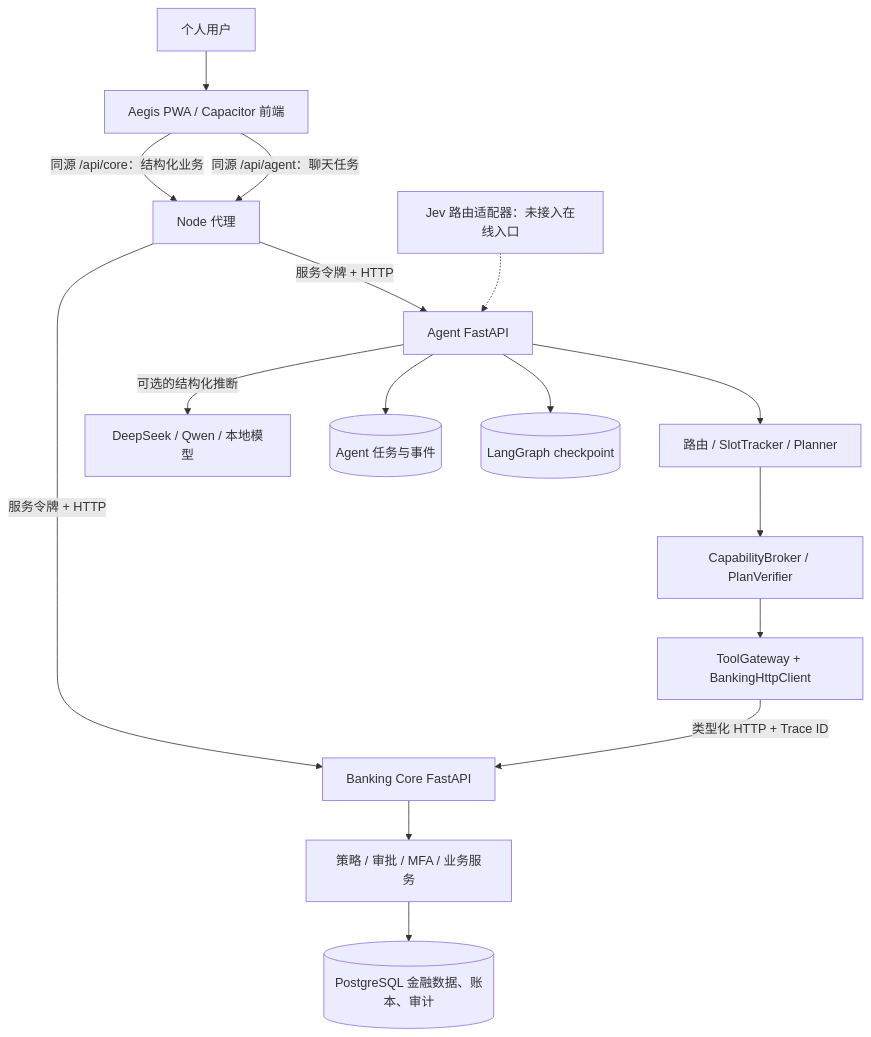
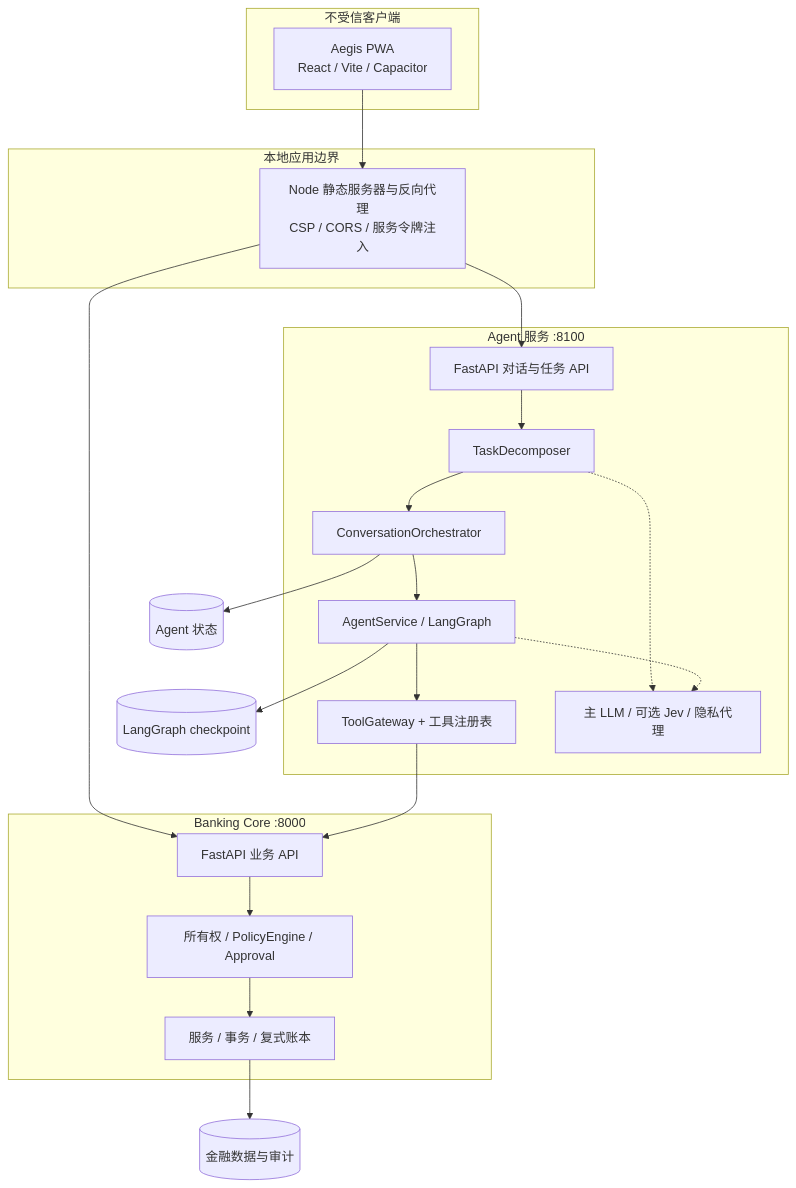
One commit to ZOOMING-XENON/FinSAO-Financial_Secure_Agent_Operation_System changed the first of 5 diagrams in documents/Architecture.md. Above: the diagram before and after it, drawn with Mermaid. The commit also changed other lines of this file and 17 other files, not shown here.

````diff
--- a/documents/Architecture.md
+++ b/documents/Architecture.md
@@ -7,18 +9,32 @@
 ```mermaid
 flowchart TB
-    U[个人用户] --> F[Aegis PWA / Capacitor 前端]
-    F -->|同源 /api/core：结构化业务| N[Node 代理]
-    F -->|同源 /api/agent：聊天任务| N
-    N -->|服务令牌 + HTTP| C[Banking Core FastAPI]
-    N -->|服务令牌 + HTTP| A[Agent FastAPI]
-    A --> R[路由 / SlotTracker / Planner]
-    R --> V[CapabilityBroker / PlanVerifier]
-    V --> G[ToolGateway + BankingHttpClient]
-    G -->|类型化 HTTP + Trace ID| C
-    A -->|可选的结构化推断| L[DeepSeek / Qwen / 本地模型]
-    A --> T[(Agent 任务与事件)]
-    A --> P[(LangGraph checkpoint)]
-    C --> S[策略 / 审批 / MFA / 业务服务]
-    S --> D[(PostgreSQL 金融数据、账本、审计)]
-    J[Jev 路由适配器：未接入在线入口] -.-> A
+    subgraph Client[不受信客户端]
+      UI[Aegis PWA<br/>React / Vite / Capacitor]
+    end
+    subgraph Edge[本地应用边界]
+      Proxy[Node 静态服务器与反向代理<br/>CSP / CORS / 服务令牌注入]
+    end
+    subgraph AgentZone[Agent 服务 :8100]
+      API[FastAPI 对话与任务 API]
+      Dec[TaskDecomposer]
+      Orch[ConversationOrchestrator]
+      Exec[AgentService / LangGraph]
+      Gateway[ToolGateway + 工具注册表]
+      Models[主 LLM / 可选 Jev / 隐私代理]
+    end
+    subgraph CoreZone[Banking Core :8000]
+      CoreAPI[FastAPI 业务 API]
+      Policy[所有权 / PolicyEngine / Approval]
+      Domain[服务 / 事务 / 复式账本]
+    end
+    UI --> Proxy
+    Proxy --> API
+    Proxy --> CoreAPI
+    API --> Dec --> Orch --> Exec --> Gateway --> CoreAPI
+    Dec -.-> Models
+    Exec -.-> Models
+    CoreAPI --> Policy --> Domain
+    Orch --> AgentDB[(Agent 状态)]
+    Exec --> Checkpoint[(LangGraph checkpoint)]
+    Domain --> CoreDB[(金融数据与审计)]
 ```
````
